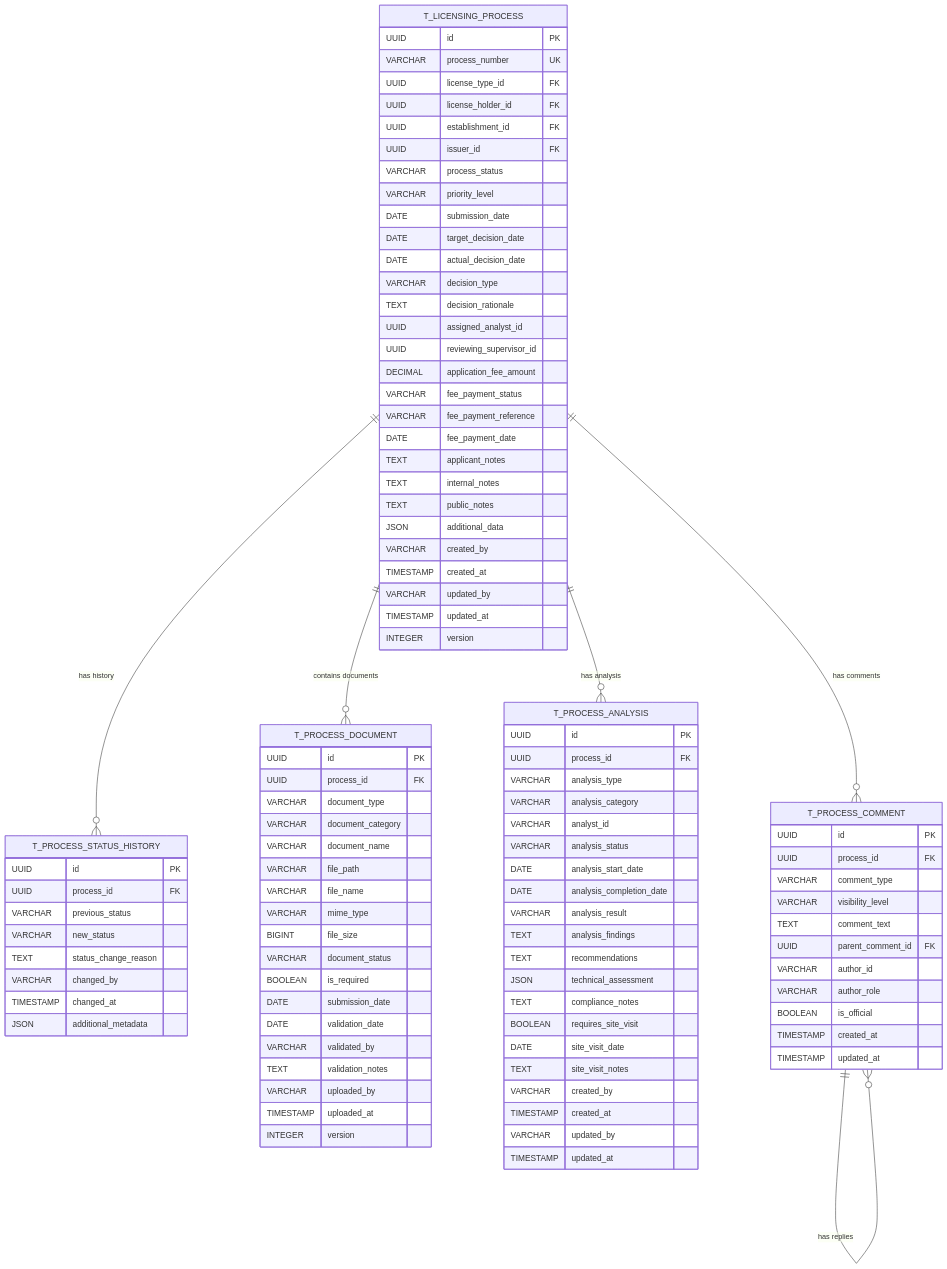
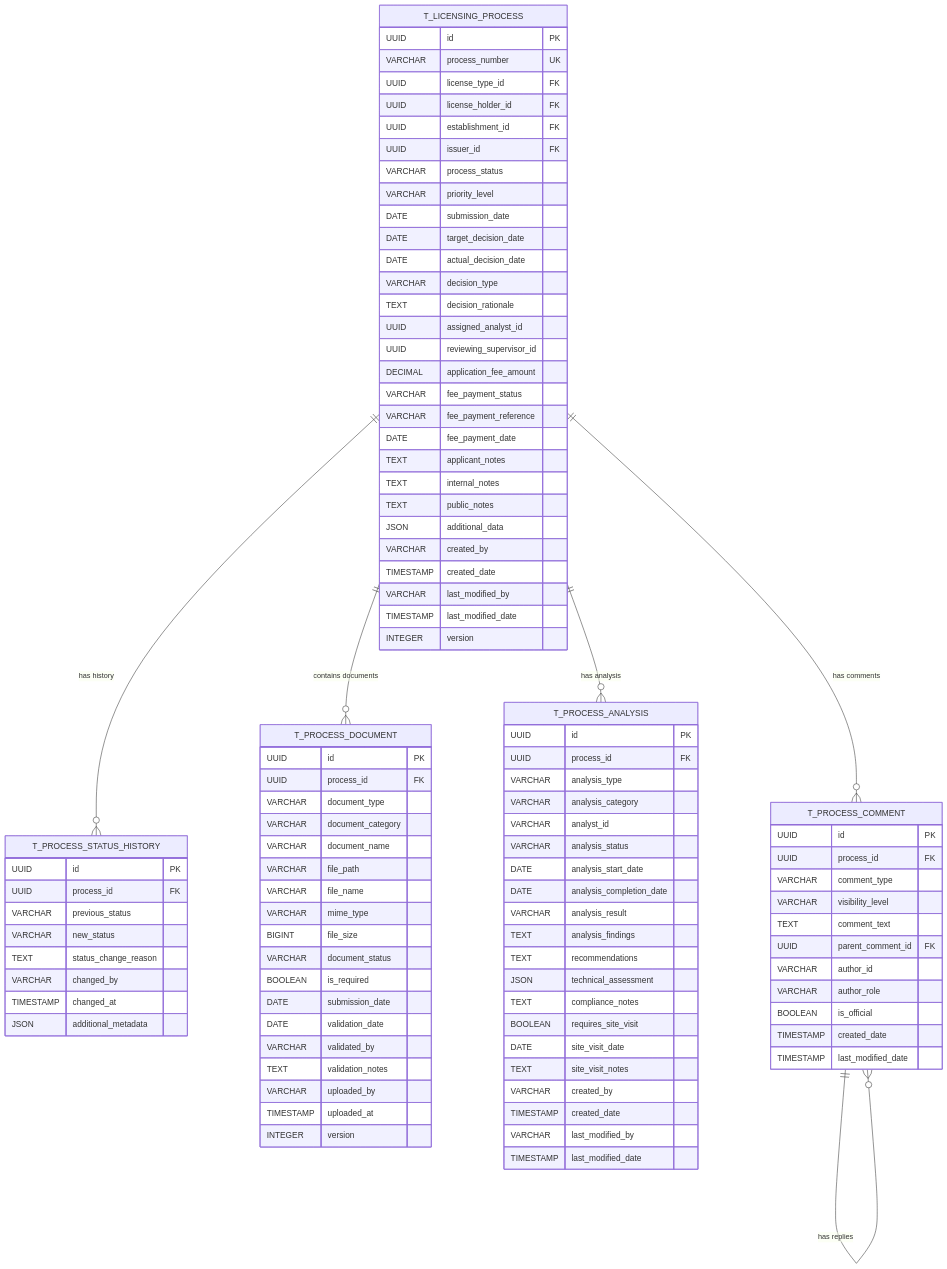
The diagram in .trae/documents/PR02.05-BE-LIC-Gestao-Processos-Licenciamento.md (TA-Digital-CV/licenciamento-backend), drawn with Mermaid before and after one commit. The commit also changed other lines of this file and 16 other files, not shown here.

First line of the commit message:
refactor(database): standardize timestamp column names to created_date and last_modified_date

```diff
--- a/.trae/documents/PR02.05-BE-LIC-Gestao-Processos-Licenciamento.md
+++ b/.trae/documents/PR02.05-BE-LIC-Gestao-Processos-Licenciamento.md
@@ -49,9 +49,9 @@
         TEXT public_notes
         JSON additional_data
         VARCHAR created_by
-        TIMESTAMP created_at
-        VARCHAR updated_by
-        TIMESTAMP updated_at
+        TIMESTAMP created_date
+        VARCHAR last_modified_by
+        TIMESTAMP last_modified_date
         INTEGER version
     }
     
@@ -105,9 +105,9 @@
         DATE site_visit_date
         TEXT site_visit_notes
         VARCHAR created_by
-        TIMESTAMP created_at
-        VARCHAR updated_by
-        TIMESTAMP updated_at
+        TIMESTAMP created_date
+        VARCHAR last_modified_by
+        TIMESTAMP last_modified_date
     }
     
     T_PROCESS_COMMENT {
@@ -120,8 +120,8 @@
         VARCHAR author_id
         VARCHAR author_role
         BOOLEAN is_official
-        TIMESTAMP created_at
-        TIMESTAMP updated_at
+        TIMESTAMP created_date
+        TIMESTAMP last_modified_date
     }
     
     T_LICENSING_PROCESS ||--o{ T_PROCESS_STATUS_HISTORY : "has history"
```
